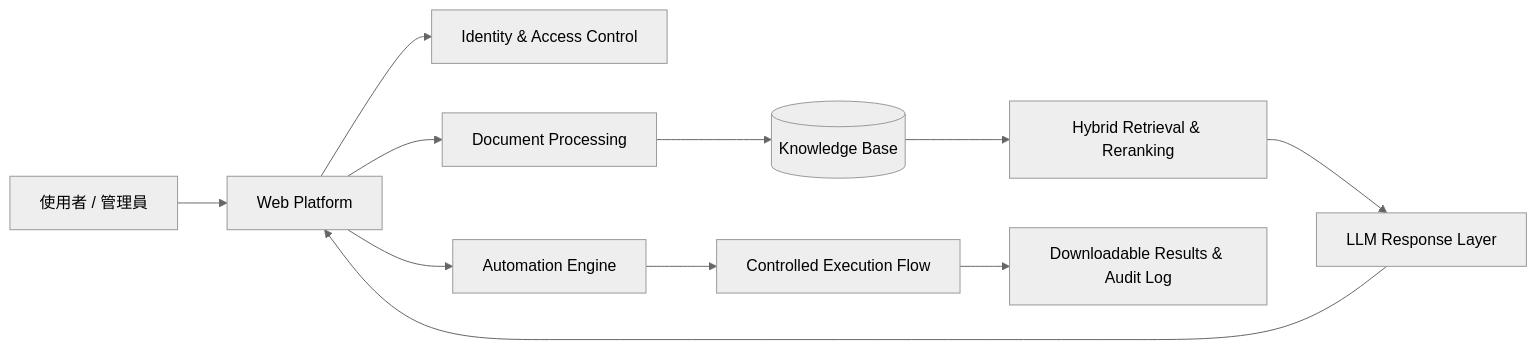
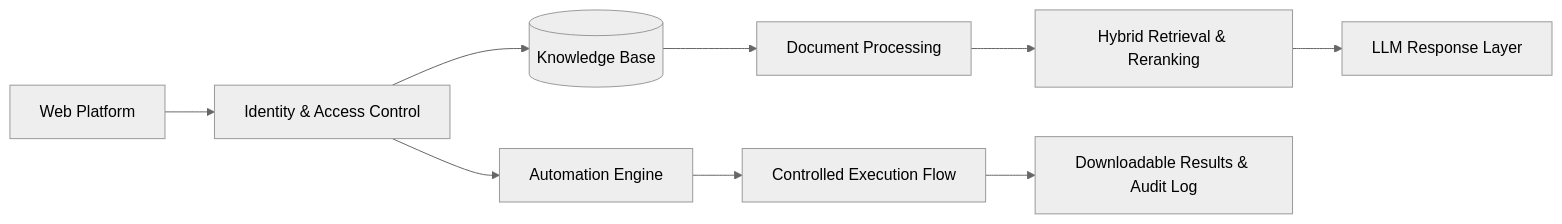
The second of 2 diagrams in README.md (cj20200112/AI_Platform), drawn with Mermaid (neutral theme) before and after one commit. The commit also changed other lines of this file, not shown here.

````diff
--- a/README.md
+++ b/README.md
@@ -157,15 +157,14 @@
 ```mermaid
 flowchart LR
-    U[使用者 / 管理員] --> WEB[Web Platform]
-    WEB --> AUTH[Identity & Access Control]
-    WEB --> DATA[Document Processing]
+    U[Web Platform] --> WEB[Identity & Access Control]
+
+    WEB --> DATA[(Knowledge Base)]
     WEB --> AUTO[Automation Engine]
 
-    DATA --> KB[(Knowledge Base)]
+    DATA --> KB[Document Processing]
     KB --> RETRIEVE[Hybrid Retrieval & Reranking]
     RETRIEVE --> LLM[LLM Response Layer]
-    LLM --> WEB
 
     AUTO --> SAFE[Controlled Execution Flow]
     SAFE --> RESULT[Downloadable Results & Audit Log]
 ```
````
